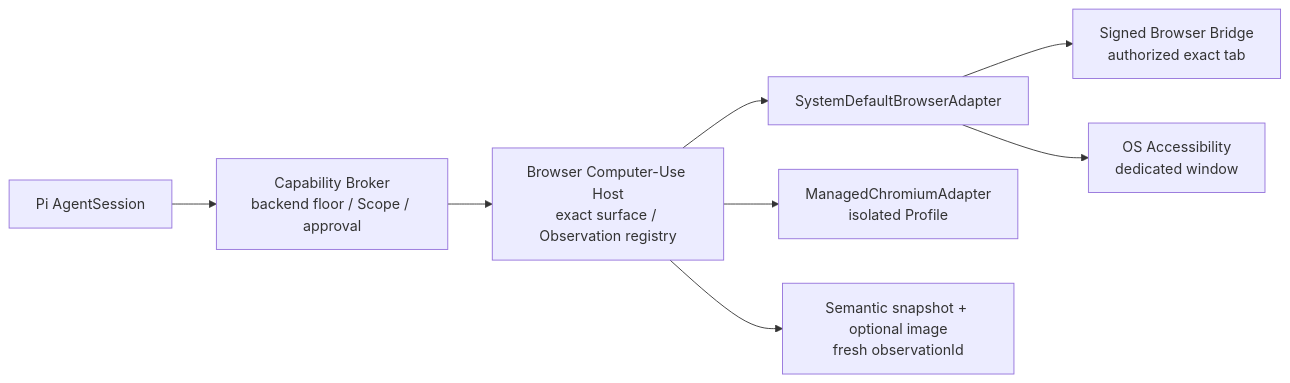
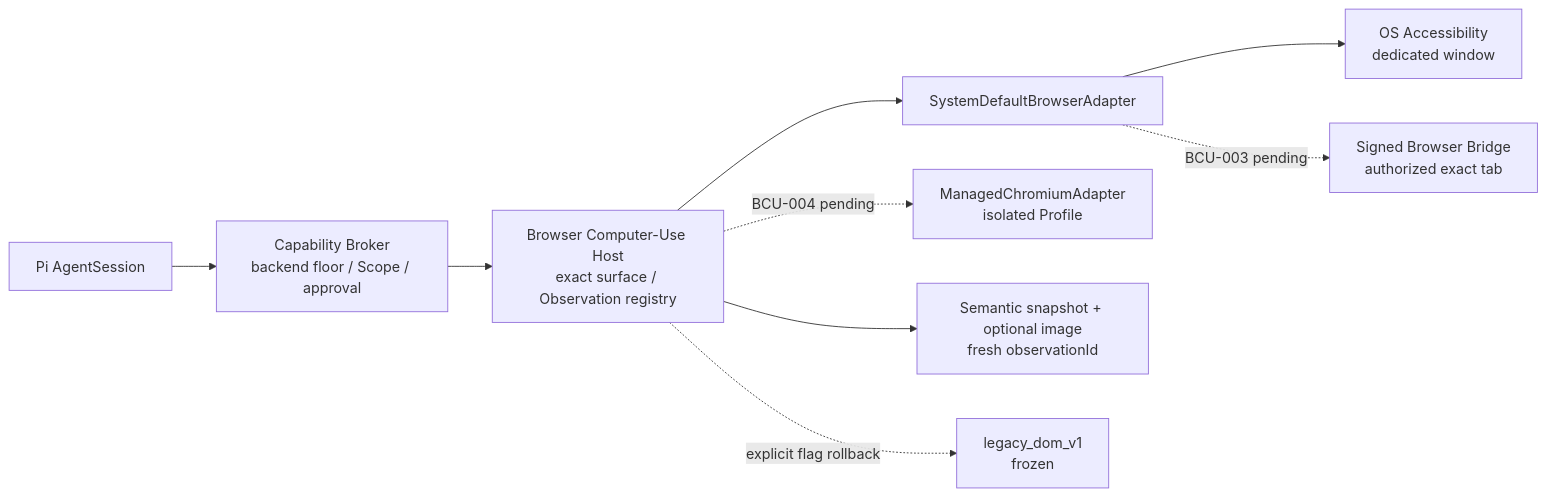
One commit to openerserver/openerx changed the seventh of 13 diagrams in docs/v2/14-overall-architecture.md. Above: the diagram before and after it, drawn with Mermaid. The commit also changed other lines of this file and 14 other files, not shown here.

Commit message:
feat(desktop): add macOS system browser computer use

````diff
--- a/docs/v2/14-overall-architecture.md
+++ b/docs/v2/14-overall-architecture.md
@@ -309,10 +308,11 @@
 ```mermaid
 flowchart LR
   PI[Pi AgentSession] --> BROKER[Capability Broker<br/>backend floor / Scope / approval]
   BROKER --> HOST[Browser Computer-Use Host<br/>exact surface / Observation registry]
   HOST --> SYSTEM[SystemDefaultBrowserAdapter]
-  SYSTEM --> BRIDGE[Signed Browser Bridge<br/>authorized exact tab]
   SYSTEM --> AX[OS Accessibility<br/>dedicated window]
-  HOST --> MANAGED[ManagedChromiumAdapter<br/>isolated Profile]
+  SYSTEM -. BCU-003 pending .-> BRIDGE[Signed Browser Bridge<br/>authorized exact tab]
+  HOST -. BCU-004 pending .-> MANAGED[ManagedChromiumAdapter<br/>isolated Profile]
   HOST --> OBS[Semantic snapshot + optional image<br/>fresh observationId]
+  HOST -. explicit flag rollback .-> LEGACY[legacy_dom_v1<br/>frozen]
 ```
````
